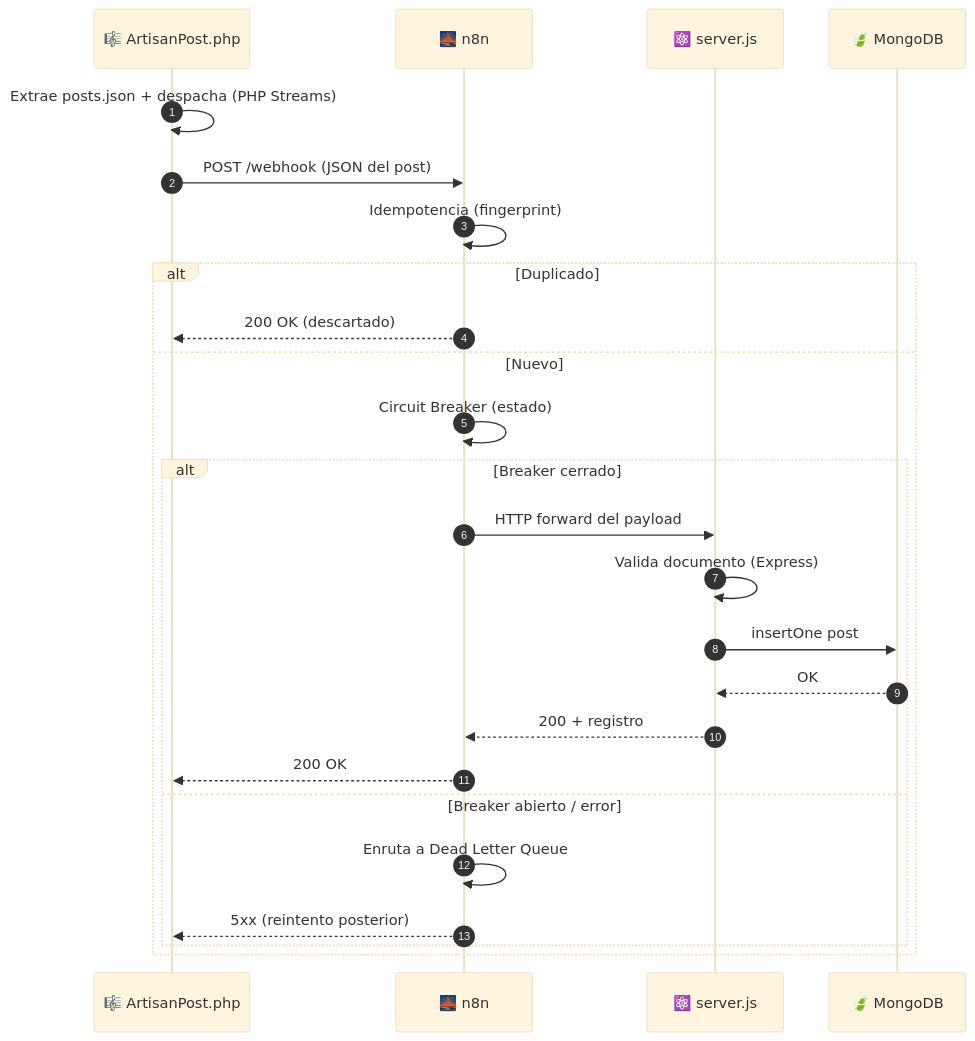
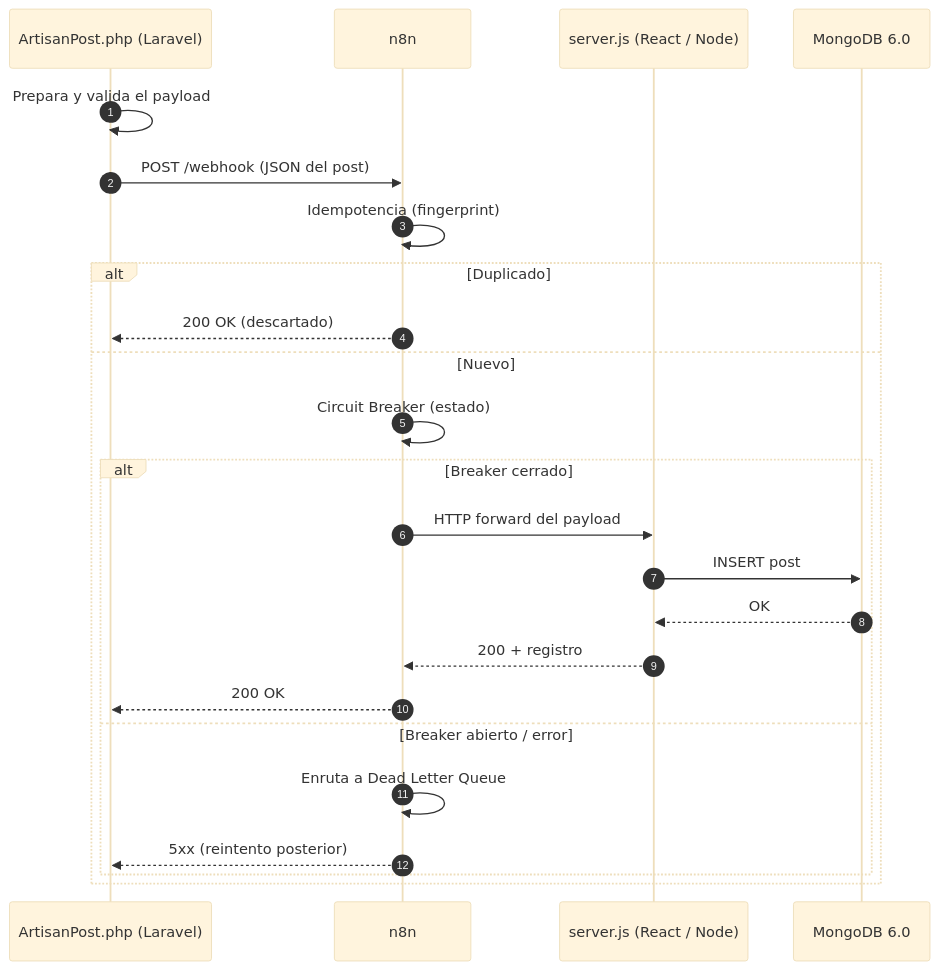
Before and after one commit to vladimiracunadev-create/social-bot-scheduler: the second of 2 diagrams in cases/05-laravel-to-react/ARCHITECTURE.md, drawn with Mermaid (base theme). The commit also changed other lines of this file and 8 other files, not shown here.

First line of the commit message:
fix(diagrams): Mermaid compatible con GitHub (securityLevel strict)

````diff
--- a/cases/05-laravel-to-react/ARCHITECTURE.md
+++ b/cases/05-laravel-to-react/ARCHITECTURE.md
@@ -66,28 +66,27 @@
 ```mermaid
 sequenceDiagram
     autonumber
-    participant Artisan as 🎼 ArtisanPost.php
-    participant N8N as 🌉 n8n
-    participant Node as ⚛️ server.js
-    participant DB as 🍃 MongoDB
+    participant Bot as ArtisanPost.php (Laravel)
+    participant N8N as n8n
+    participant Dest as server.js (React / Node)
+    participant DB as MongoDB 6.0
 
-    Artisan->>Artisan: Extrae posts.json + despacha (PHP Streams)
-    Artisan->>N8N: POST /webhook (JSON del post)
+    Bot->>Bot: Prepara y valida el payload
+    Bot->>N8N: POST /webhook (JSON del post)
     N8N->>N8N: Idempotencia (fingerprint)
     alt Duplicado
-        N8N-->>Artisan: 200 OK (descartado)
+        N8N-->>Bot: 200 OK (descartado)
     else Nuevo
         N8N->>N8N: Circuit Breaker (estado)
         alt Breaker cerrado
-            N8N->>Node: HTTP forward del payload
-            Node->>Node: Valida documento (Express)
-            Node->>DB: insertOne post
-            DB-->>Node: OK
-            Node-->>N8N: 200 + registro
-            N8N-->>Artisan: 200 OK
+            N8N->>Dest: HTTP forward del payload
+            Dest->>DB: INSERT post
+            DB-->>Dest: OK
+            Dest-->>N8N: 200 + registro
+            N8N-->>Bot: 200 OK
         else Breaker abierto / error
             N8N->>N8N: Enruta a Dead Letter Queue
-            N8N-->>Artisan: 5xx (reintento posterior)
+            N8N-->>Bot: 5xx (reintento posterior)
         end
     end
 ```
````
